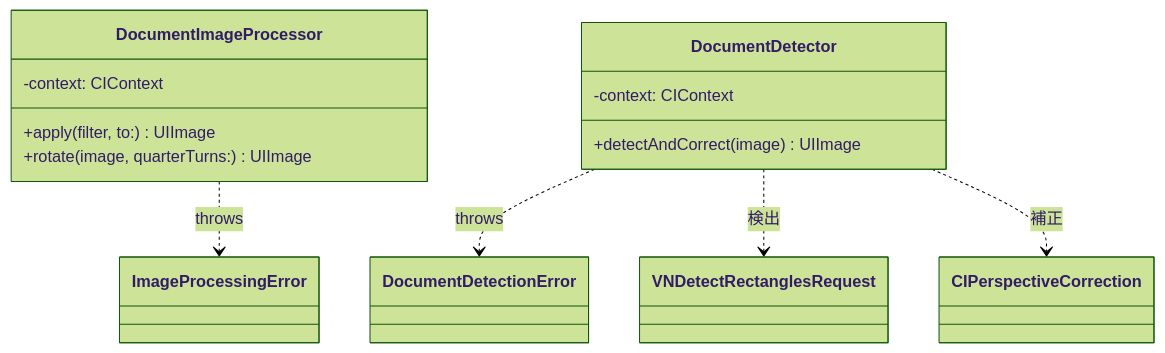
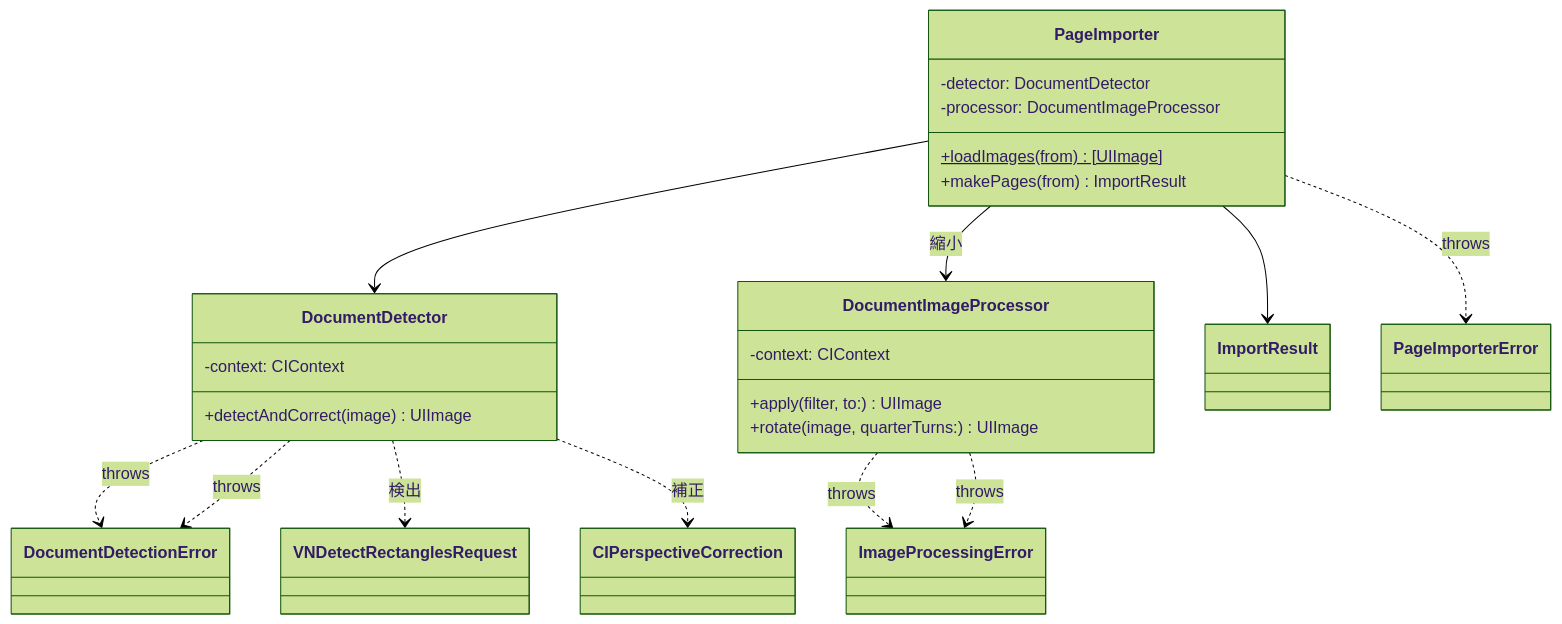
One commit to gomurin0428/DocScanner changed the first of 2 diagrams in DocScanner/Processing/README.md. Above: the diagram before and after it, drawn with Mermaid (forest theme). The commit also changed other lines of this file and 7 other files, not shown here.

````diff
--- a/DocScanner/Processing/README.md
+++ b/DocScanner/Processing/README.md
@@ -23,16 +29,28 @@
 ```mermaid
 classDiagram
     class DocumentImageProcessor {
         -context: CIContext
         +apply(filter, to:) UIImage
         +rotate(image, quarterTurns:) UIImage
     }
     class DocumentDetector {
         -context: CIContext
         +detectAndCorrect(image) UIImage
     }
     DocumentImageProcessor ..> ImageProcessingError : throws
     DocumentDetector ..> DocumentDetectionError : throws
+    class PageImporter {
+        -detector: DocumentDetector
+        -processor: DocumentImageProcessor
+        +loadImages(from)$ [UIImage]
+        +makePages(from) ImportResult
+    }
+    DocumentImageProcessor ..> ImageProcessingError : throws
+    DocumentDetector ..> DocumentDetectionError : throws
     DocumentDetector ..> VNDetectRectanglesRequest : 検出
     DocumentDetector ..> CIPerspectiveCorrection : 補正
+    PageImporter --> DocumentDetector
+    PageImporter --> DocumentImageProcessor : 縮小
+    PageImporter --> ImportResult
+    PageImporter ..> PageImporterError : throws
 ```
````
